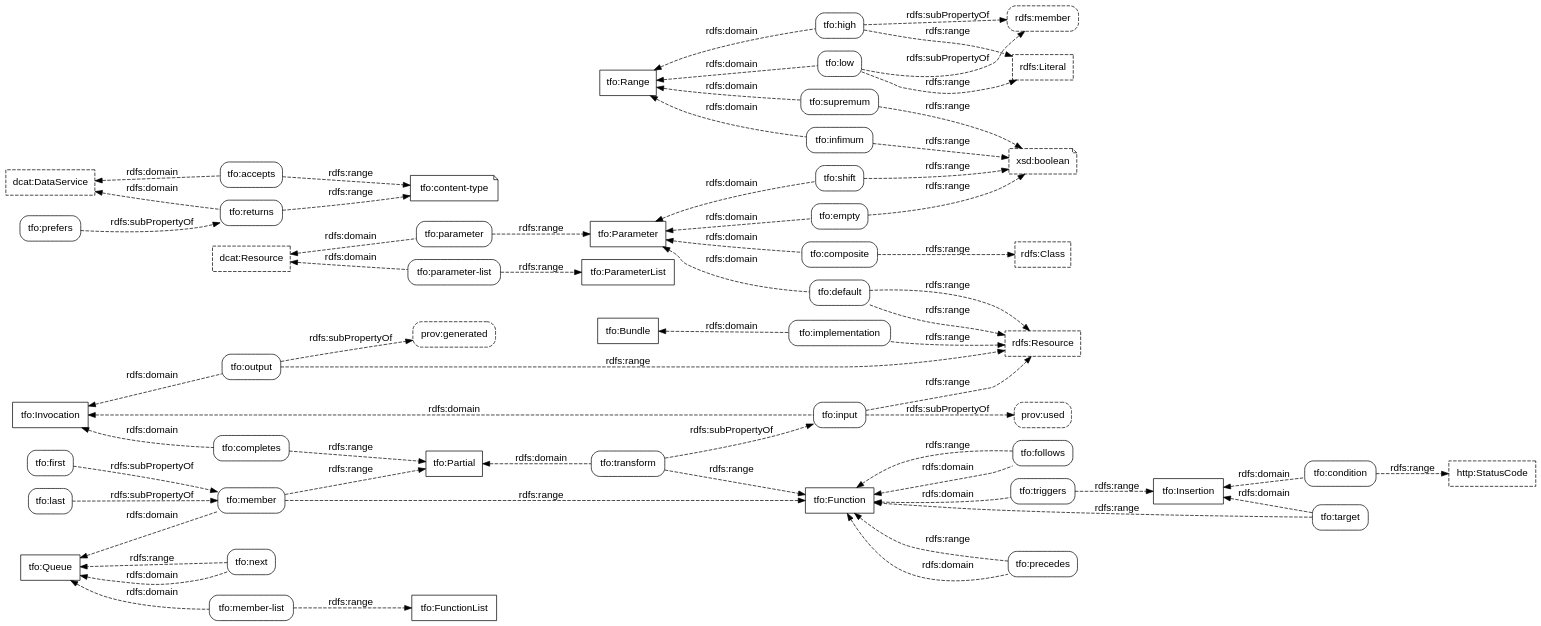
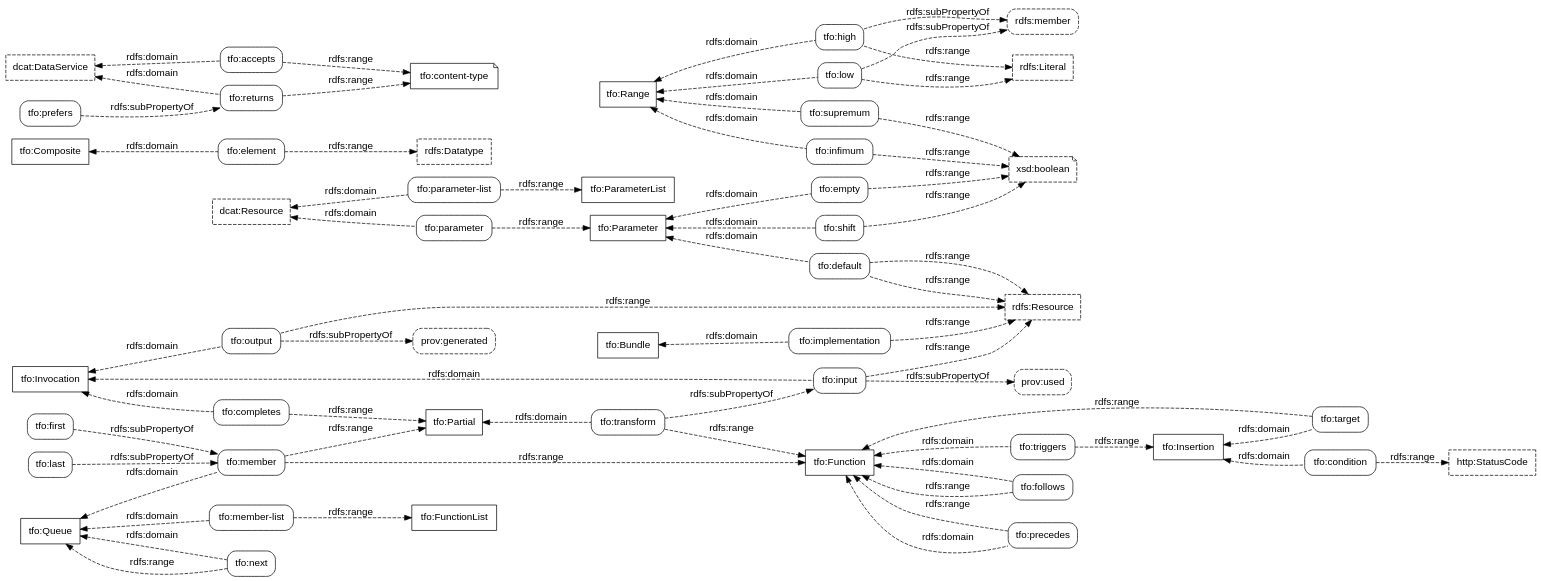
The diagram in transformation-properties.dot (doriantaylor/owl-transformation), drawn with Graphviz before and after one commit. The commit also changed 3 other files, not shown here.

```diff
--- a/transformation-properties.dot
+++ b/transformation-properties.dot
@@ -1,182 +1,184 @@
 digraph {
     graph [bgcolor=transparent,rankdir=LR];
     node [shape=box,style=rounded,color="#000000",fontcolor="#000000",fontname="Lucida Grande, Lucida Sans Unicode, sans-serif"];
     edge [concentrate=true,color="#000000",fontcolor="#000000",fontname="Lucida Grande, Lucida Sans Unicode, sans-serif"];
 
     // third-party classes
     subgraph {
         node [shape=box, style=dashed];
         rdfs_Resource [label="rdfs:Resource", target="_parent", href="https://www.w3.org/TR/rdf11-schema/#ch_resource"];
         rdfs_Literal [label="rdfs:Literal", target="_parent", href="https://www.w3.org/TR/rdf11-schema/#ch_literal"];
-        rdfs_Class [label="rdfs:Class", target="_parent", href="https://www.w3.org/TR/rdf11-schema/#ch_class"];
+        // rdfs_Class [label="rdfs:Class", target="_parent", href="https://www.w3.org/TR/rdf11-schema/#ch_class"];
+        rdfs_Datatype [label="rdfs:Datatype", target="_parent", href="https://www.w3.org/TR/rdf11-schema/#ch_datatype"];
         http_StatusCode [label="http:StatusCode", target="_parent", href="https://www.w3.org/TR/HTTP-in-RDF10/#StatusCodeClass"];
         dcat_Resource [label="dcat:Resource" target="_parent", href="https://www.w3.org/TR/vocab-dcat-2/#Class:Resource"];
         dcat_DataService [label="dcat:DataService" target="_parent", href="https://www.w3.org/TR/vocab-dcat-2/#Class:Data_Service"];
     }
 
     // our classes
 
     subgraph {
         node [shape=box, style=""];
         tfo_Bundle [label="tfo:Bundle", target="_parent", href="https://vocab.methodandstructure.com/transformation#Bundle"];
         tfo_Function [label="tfo:Function", target="_parent", href="https://vocab.methodandstructure.com/transformation#Function"];
         tfo_Parameter [label="tfo:Parameter", target="_parent", href="https://vocab.methodandstructure.com/transformation#Parameter"];
+        tfo_Composite [label="tfo:Composite", target="_parent", href="https://vocab.methodandstructure.com/transformation#Composite"];
         tfo_ParameterList [label="tfo:ParameterList", target="_parent", href="https://vocab.methodandstructure.com/transformation#ParameterList"];
         tfo_Range [label="tfo:Range", target="_parent", href="https://vocab.methodandstructure.com/transformation#Range"];
         tfo_Queue [label="tfo:Queue", target="_parent", href="https://vocab.methodandstructure.com/transformation#Queue"];
         tfo_Insertion [label="tfo:Insertion", target="_parent", href="https://vocab.methodandstructure.com/transformation#Insertion"];
         tfo_FunctionList [label="tfo:FunctionList", target="_parent", href="https://vocab.methodandstructure.com/transformation#FunctionList"];
         tfo_Partial [label="tfo:Partial", target="_parent", href="https://vocab.methodandstructure.com/transformation#Partial"];
         tfo_Invocation [label="tfo:Invocation", target="_parent", href="https://vocab.methodandstructure.com/transformation#Invocation"];
     }
 
     // our datatypes
     subgraph {
         node [shape=note];
         tfo_content_type [label="tfo:content-type", target="_parent", href="https://vocab.methodandstructure.com/transformation#content-type"];
     }
 
     // third-party datatypes
     subgraph {
         node [shape=note,style=dashed];
 	xsd_boolean   [label="xsd:boolean", target="_parent", href="https://www.w3.org/TR/xmlschema11-2/#boolean"];
     }
 
     // third-party properties
 
     subgraph {
         node [style="dashed,rounded"];
         prov_used [label="prov:used", target="_parent", href="https://www.w3.org/TR/prov-o/#used"];
         prov_generated [label="prov:generated", target="_parent", href="https://www.w3.org/TR/prov-o/#generated"];
         // prov_wasAttributedTo [label="prov:wasAttributedTo", target="_parent", href="https://www.w3.org/TR/prov-o/#wasAttributedTo"];
         rdfs_member [label="rdfs:member", target="_parent", href="https://www.w3.org/TR/rdf11-schema/#ch_member"];
     }
 
     // our properties
 
     // parameter stuff
-    tfo_composite [label="tfo:composite", target="_parent", href="https://vocab.methodandstructure.com/transformation#composite"];
     tfo_default [label="tfo:default", target="_parent", href="https://vocab.methodandstructure.com/transformation#default"];
+    tfo_element [label="tfo:element", target="_parent", href="https://vocab.methodandstructure.com/transformation#element"];
     tfo_empty [label="tfo:empty", target="_parent", href="https://vocab.methodandstructure.com/transformation#empty"];
     tfo_shift [label="tfo:shift", target="_parent", href="https://vocab.methodandstructure.com/transformation#shift"];
 
     // range stuff
     tfo_low [label="tfo:low", target="_parent", href="https://vocab.methodandstructure.com/transformation#low"];
     tfo_high [label="tfo:high", target="_parent", href="https://vocab.methodandstructure.com/transformation#high"];
     tfo_infimum [label="tfo:infimum", target="_parent", href="https://vocab.methodandstructure.com/transformation#infimum"];
     tfo_supremum [label="tfo:supremum", target="_parent", href="https://vocab.methodandstructure.com/transformation#supremum"];
 
     tfo_accepts [label="tfo:accepts", target="_parent", href="https://vocab.methodandstructure.com/transformation#accepts"];
     tfo_returns [label="tfo:returns", target="_parent", href="https://vocab.methodandstructure.com/transformation#returns"];
     tfo_prefers [label="tfo:prefers", target="_parent", href="https://vocab.methodandstructure.com/transformation#prefers"];
     tfo_implementation [label="tfo:implementation", target="_parent", href="https://vocab.methodandstructure.com/transformation#implementation"];
     tfo_parameter [label="tfo:parameter", target="_parent", href="https://vocab.methodandstructure.com/transformation#parameter"];
     tfo_parameter_list [label="tfo:parameter-list", target="_parent", href="https://vocab.methodandstructure.com/transformation#parameter-list"];
     tfo_default [label="tfo:default", target="_parent", href="https://vocab.methodandstructure.com/transformation#default"];
     tfo_triggers [label="tfo:triggers", target="_parent", href="https://vocab.methodandstructure.com/transformation#triggers"];
 
 
     tfo_completes [label="tfo:completes", target="_parent", href="https://vocab.methodandstructure.com/transformation#completes"];
     tfo_input [label="tfo:input", target="_parent", href="https://vocab.methodandstructure.com/transformation#input"];
     tfo_output [label="tfo:output", target="_parent", href="https://vocab.methodandstructure.com/transformation#output"];
     tfo_transform [label="tfo:transform", target="_parent", href="https://vocab.methodandstructure.com/transformation#transform"];
 
     tfo_member [label="tfo:member", target="_parent", href="https://vocab.methodandstructure.com/transformation#member"];
     tfo_member_list [label="tfo:member-list", target="_parent", href="https://vocab.methodandstructure.com/transformation#member-list"];
     tfo_next [label="tfo:next", target="_parent", href="https://vocab.methodandstructure.com/transformation#next"];
     tfo_precedes [label="tfo:precedes", target="_parent", href="https://vocab.methodandstructure.com/transformation#precedes"];
     tfo_follows [label="tfo:follows", target="_parent", href="https://vocab.methodandstructure.com/transformation#follows"];
     tfo_first [label="tfo:first", target="_parent", href="https://vocab.methodandstructure.com/transformation#first"];
     tfo_last [label="tfo:last", target="_parent", href="https://vocab.methodandstructure.com/transformation#last"];
     tfo_condition [label="tfo:condition", target="_parent", href="https://vocab.methodandstructure.com/transformation#condition"];
     tfo_target [label="tfo:target", target="_parent", href="https://vocab.methodandstructure.com/transformation#target"];
 
     subgraph {
         edge [style=dashed, label="rdfs:subPropertyOf"];
         tfo_prefers   -> tfo_returns;
         tfo_transform -> tfo_input -> prov_used;
         tfo_output    -> prov_generated;
 
         tfo_first -> tfo_member;
         tfo_last  -> tfo_member;
 
 	tfo_low -> rdfs_member;
 	tfo_high -> rdfs_member;
     }
 
     subgraph {
         edge [style=dashed, dir=back, label="rdfs:domain"];
         tfo_Bundle -> tfo_implementation;
         dcat_DataService -> tfo_accepts;
         dcat_DataService -> tfo_returns;
         dcat_Resource -> tfo_parameter;
         dcat_Resource -> tfo_parameter_list;
         tfo_Function  -> tfo_precedes;
         tfo_Function  -> tfo_follows;
         tfo_Function  -> tfo_triggers;
 
-        tfo_Parameter -> tfo_composite;
+        tfo_Composite -> tfo_element;
         tfo_Parameter -> tfo_default;
         tfo_Parameter -> tfo_empty;
         tfo_Parameter -> tfo_shift;
 
 	tfo_Range -> tfo_low;
 	tfo_Range -> tfo_high;
 	tfo_Range -> tfo_infimum;
 	tfo_Range -> tfo_supremum;
 
         tfo_Queue -> tfo_member;
         tfo_Queue -> tfo_member_list;
 
         tfo_Queue -> tfo_next;
 
         tfo_Insertion -> tfo_condition;
         tfo_Insertion -> tfo_target;
 
         tfo_Partial -> tfo_transform;
 
         tfo_Invocation -> tfo_completes;
         tfo_Invocation -> tfo_input;
         tfo_Invocation -> tfo_output;
     }
 
     subgraph {
         edge [style=dashed, label="rdfs:range"];
-	tfo_composite -> rdfs_Class;
+	tfo_element -> rdfs_Datatype;
 	tfo_default -> rdfs_Resource;
 	tfo_empty -> xsd_boolean;
 	tfo_shift -> xsd_boolean;
 
 	tfo_low -> rdfs_Literal;
 	tfo_high -> rdfs_Literal;
 	tfo_infimum -> xsd_boolean;
 	tfo_supremum -> xsd_boolean;
 
         tfo_accepts -> tfo_content_type;
         tfo_returns -> tfo_content_type;
 
         tfo_parameter      -> tfo_Parameter;
         tfo_parameter_list -> tfo_ParameterList;
 
         tfo_member      -> tfo_Function;
         tfo_member      -> tfo_Partial;
         tfo_member_list -> tfo_FunctionList;
 
         tfo_next -> tfo_Queue;
 
         tfo_transform -> tfo_Function;
         tfo_precedes  -> tfo_Function;
         tfo_follows   -> tfo_Function;
 
         tfo_triggers  -> tfo_Insertion;
         tfo_target    -> tfo_Function;
         tfo_condition -> http_StatusCode;
 
         tfo_completes -> tfo_Partial;
 
         tfo_implementation -> rdfs_Resource;
         tfo_default        -> rdfs_Resource;
         tfo_input          -> rdfs_Resource;
         tfo_output         -> rdfs_Resource;
     }
 }
```
